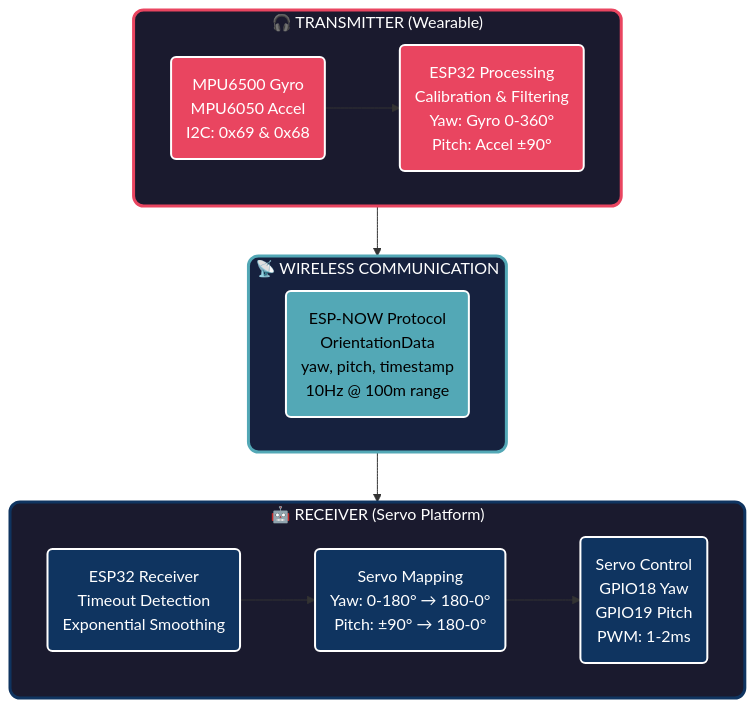
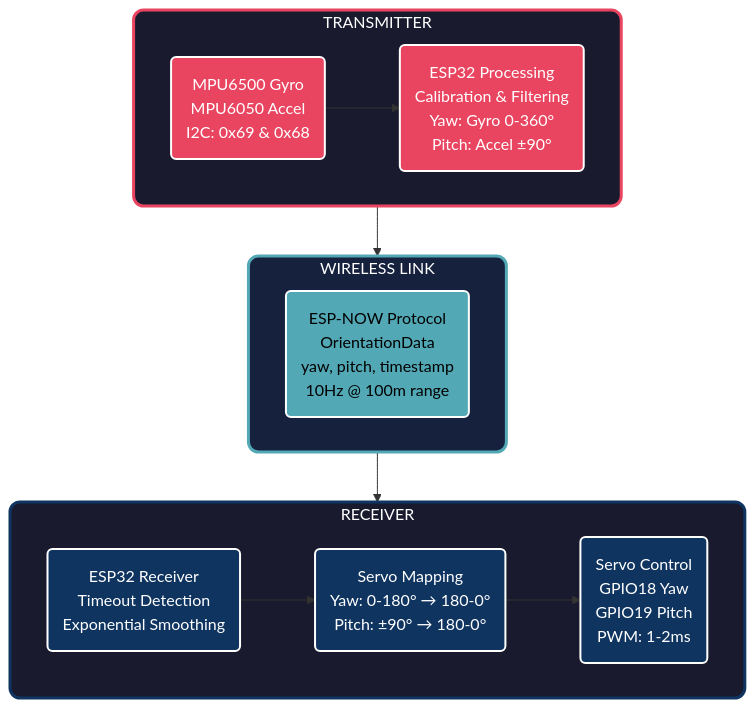
Before and after one commit to Asmithcodes/Wireless-Headtracking-System: the diagram in README.md, drawn with Mermaid.

Commit message:
Readme testing

````diff
--- a/README.md
+++ b/README.md
@@ -63,33 +63,33 @@
 ```mermaid
 graph TD
-    subgraph TX["🎧 TRANSMITTER (Wearable)"]
+    subgraph TX["TRANSMITTER"]
         SENSORS("MPU6500 Gyro<br/>MPU6050 Accel<br/>I2C: 0x69 & 0x68")
         PROCESS("ESP32 Processing<br/>Calibration & Filtering<br/>Yaw: Gyro 0-360°<br/>Pitch: Accel ±90°")
         SENSORS --> PROCESS
     end
 
-    subgraph COMM["📡 WIRELESS COMMUNICATION"]
+    subgraph COMM["WIRELESS LINK"]
         PACKET("ESP-NOW Protocol<br/>OrientationData<br/>yaw, pitch, timestamp<br/>10Hz @ 100m range")
     end
 
-    subgraph RX["🤖 RECEIVER (Servo Platform)"]
+    subgraph RX["RECEIVER"]
         RECEIVE("ESP32 Receiver<br/>Timeout Detection<br/>Exponential Smoothing")
         MAPPING("Servo Mapping<br/>Yaw: 0-180° → 180-0°<br/>Pitch: ±90° → 180-0°")
         SERVOS("Servo Control<br/>GPIO18 Yaw<br/>GPIO19 Pitch<br/>PWM: 1-2ms")
         RECEIVE --> MAPPING
         MAPPING --> SERVOS
     end
 
     TX --> COMM
     COMM --> RX
 
     style TX fill:#1a1a2e,stroke:#e94560,stroke-width:3px,color:#fff,rx:10,ry:10
     style RX fill:#1a1a2e,stroke:#0f3460,stroke-width:3px,color:#fff,rx:10,ry:10
     style COMM fill:#16213e,stroke:#53a8b6,stroke-width:3px,color:#fff,rx:10,ry:10
     style SENSORS fill:#e94560,stroke:#fff,stroke-width:2px,color:#fff
     style PROCESS fill:#e94560,stroke:#fff,stroke-width:2px,color:#fff
     style PACKET fill:#53a8b6,stroke:#fff,stroke-width:2px,color:#000
     style RECEIVE fill:#0f3460,stroke:#fff,stroke-width:2px,color:#fff
     style MAPPING fill:#0f3460,stroke:#fff,stroke-width:2px,color:#fff
     style SERVOS fill:#0f3460,stroke:#fff,stroke-width:2px,color:#fff
 ```
````
